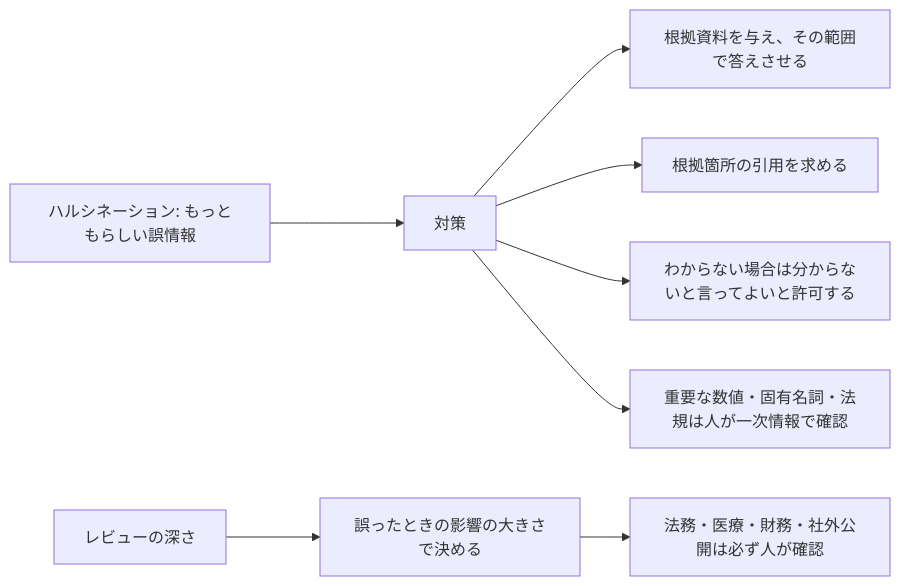
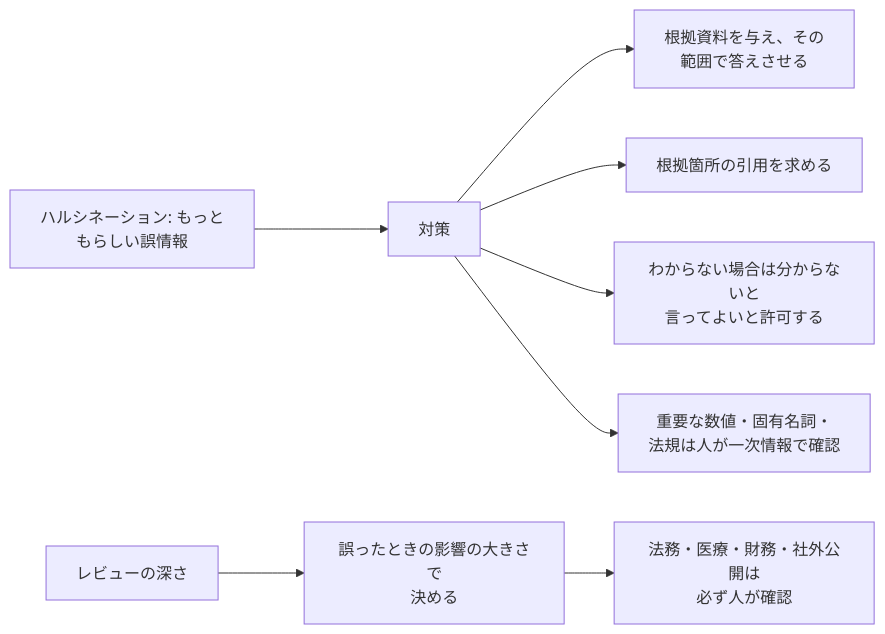
One commit to shingo0321/study changed the third of 8 diagrams in claude/associate-foundations/overview.md. Above: the diagram before and after it, drawn with Mermaid. The commit also changed other lines of this file and 5 other files, not shown here.

First line of the commit message:
Mermaid俯瞰図を横スクロールなしで表示できるよう調整

````diff
--- a/claude/associate-foundations/overview.md
+++ b/claude/associate-foundations/overview.md
@@ -67,10 +67,10 @@
 ```mermaid
 flowchart LR
-  H["ハルシネーション: もっともらしい誤情報"] --> M["対策"]
-  M --> M1["根拠資料を与え、その範囲で答えさせる"]
+  H["ハルシネーション: もっと<br/>もらしい誤情報"] --> M["対策"]
+  M --> M1["根拠資料を与え、その<br/>範囲で答えさせる"]
   M --> M2["根拠箇所の引用を求める"]
-  M --> M3["わからない場合は分からないと言ってよいと許可する"]
-  M --> M4["重要な数値・固有名詞・法規は人が一次情報で確認"]
-  R["レビューの深さ"] --> R1["誤ったときの影響の大きさで決める"]
-  R1 --> R2["法務・医療・財務・社外公開は必ず人が確認"]
+  M --> M3["わからない場合は分からないと<br/>言ってよいと許可する"]
+  M --> M4["重要な数値・固有名詞・<br/>法規は人が一次情報で確認"]
+  R["レビューの深さ"] --> R1["誤ったときの影響の大きさで<br/>決める"]
+  R1 --> R2["法務・医療・財務・社外公開は<br/>必ず人が確認"]
 ```
````
